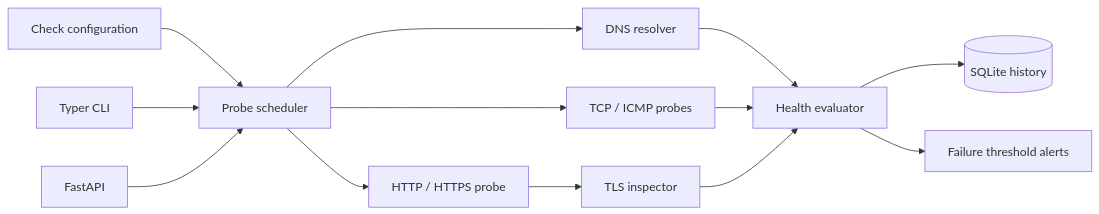
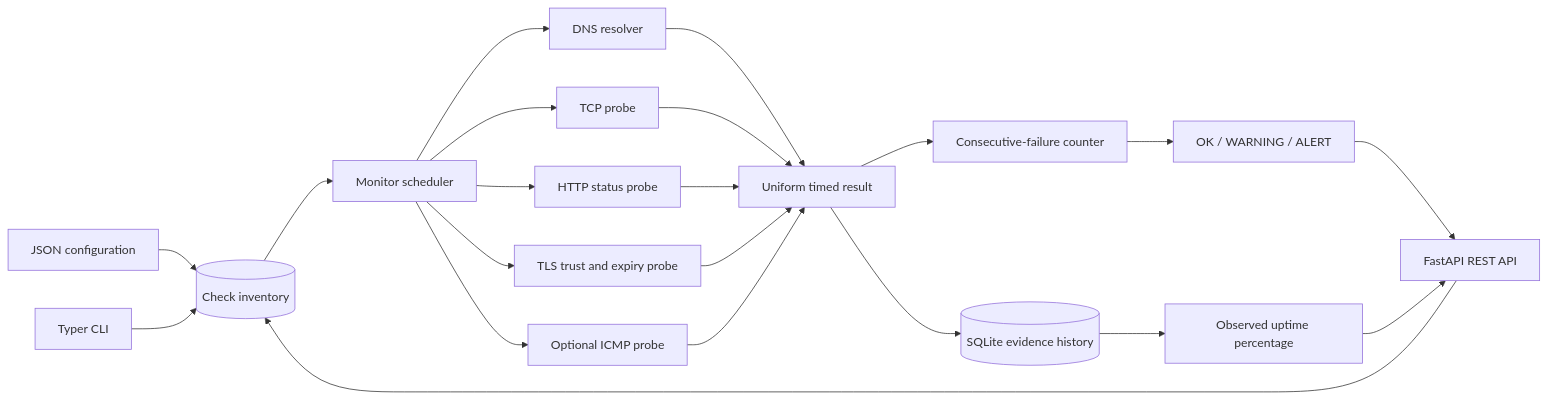
One commit to munashekwarai/netsentinel changed the first of 2 diagrams in docs/architecture.md. Above: the diagram before and after it, drawn with Mermaid. The commit also changed other lines of this file and 22 other files, not shown here.

````diff
--- a/docs/architecture.md
+++ b/docs/architecture.md
@@ -9,13 +9,18 @@
 ```mermaid
 flowchart LR
-  Config[Check configuration] --> Scheduler[Probe scheduler]
+  Config[JSON configuration] --> Inventory[(Check inventory)]
+  CLI[Typer CLI] --> Inventory
+  API[FastAPI REST API] --> Inventory
+  Inventory --> Scheduler[Monitor scheduler]
   Scheduler --> DNS[DNS resolver]
-  Scheduler --> TCP[TCP / ICMP probes]
-  Scheduler --> Web[HTTP / HTTPS probe]
-  Web --> TLS[TLS inspector]
-  DNS & TCP & TLS --> Health[Health evaluator]
-  Health --> History[(SQLite history)]
-  Health --> Alerts[Failure threshold alerts]
-  CLI[Typer CLI] --> Scheduler
-  API[FastAPI] --> Scheduler
+  Scheduler --> TCP[TCP probe]
+  Scheduler --> HTTP[HTTP status probe]
+  Scheduler --> TLS[TLS trust and expiry probe]
+  Scheduler --> ICMP[Optional ICMP probe]
+  DNS & TCP & HTTP & TLS & ICMP --> Result[Uniform timed result]
+  Result --> History[(SQLite evidence history)]
+  Result --> Counter[Consecutive-failure counter]
+  Counter --> Alert[OK / WARNING / ALERT]
+  History --> Uptime[Observed uptime percentage]
+  Alert & Uptime --> API
 ```
````
